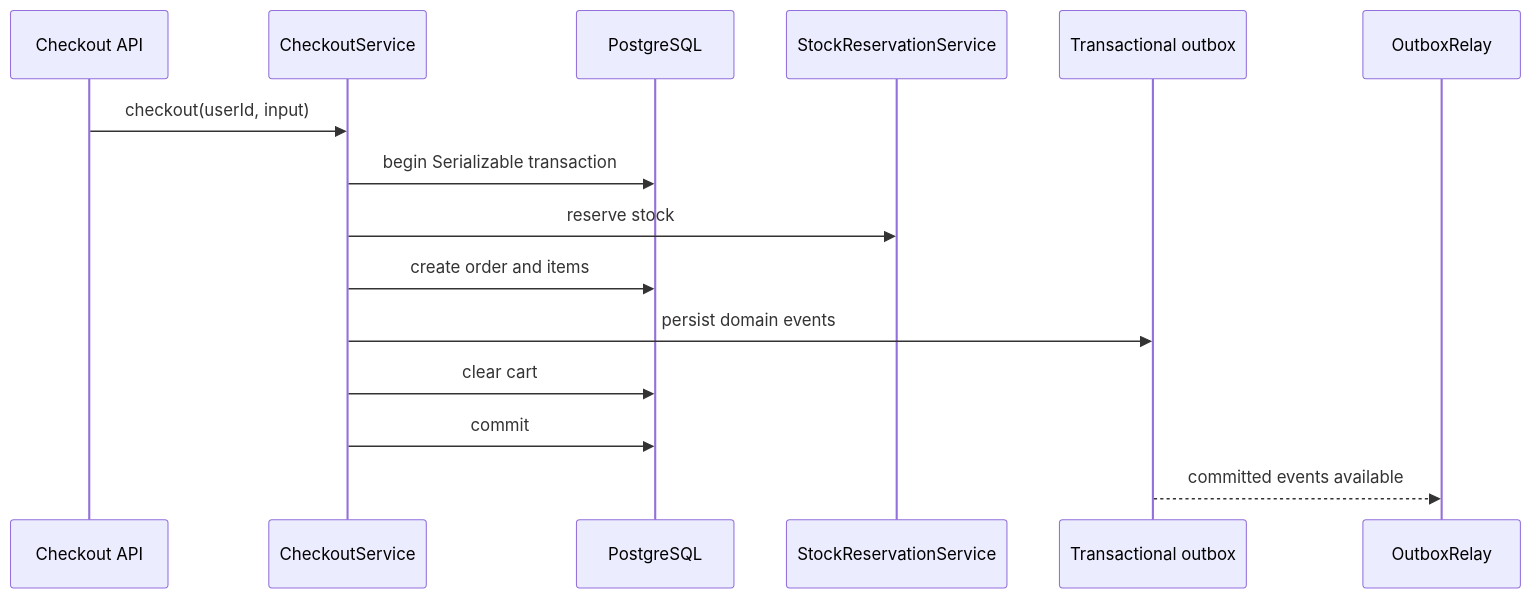
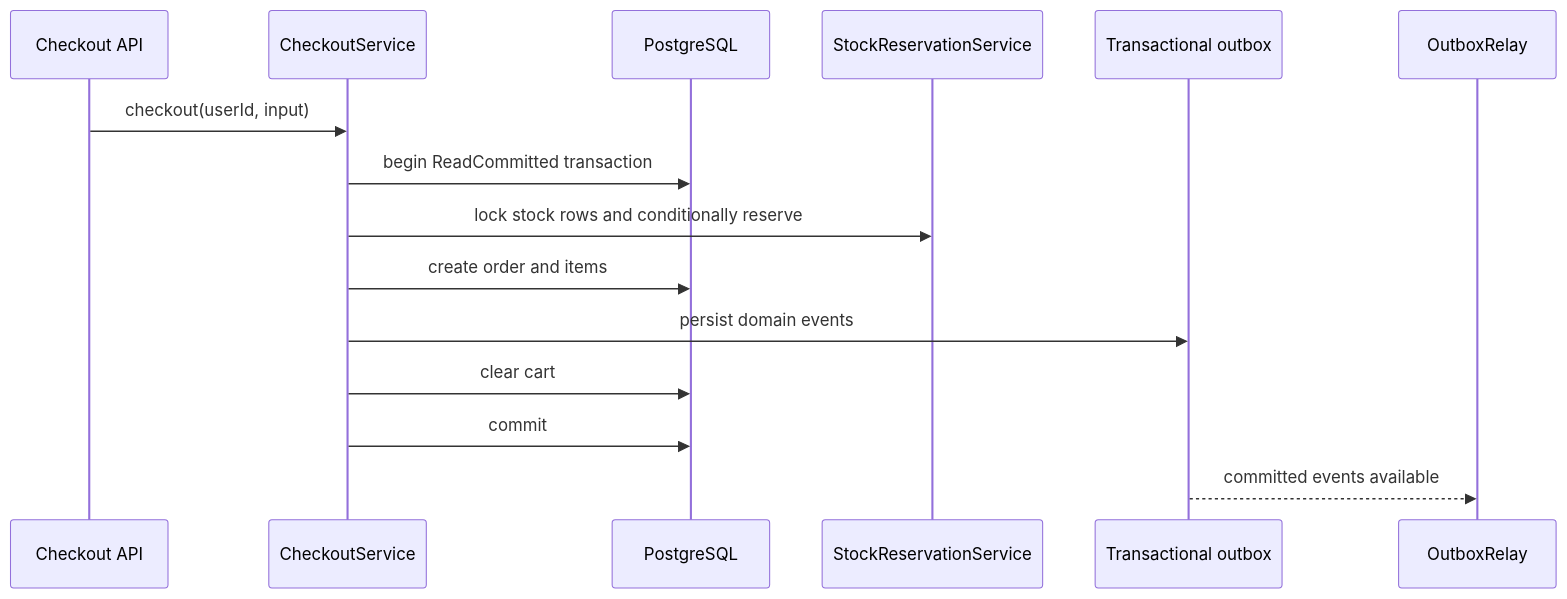
One commit to Thang4869/TriAD-Backend changed the fourth of 5 diagrams in docs/ARCHITECTURE.md. Above: the diagram before and after it, drawn with Mermaid. The commit also changed other lines of this file, not shown here.

Commit message:
docs: align project documentation with current state

````diff
--- a/docs/ARCHITECTURE.md
+++ b/docs/ARCHITECTURE.md
@@ -81,18 +81,18 @@
 ```mermaid
 sequenceDiagram
   participant API as Checkout API
   participant Service as CheckoutService
   participant DB as PostgreSQL
   participant Stock as StockReservationService
   participant Outbox as Transactional outbox
   participant Relay as OutboxRelay
 
   API->>Service: checkout(userId, input)
-  Service->>DB: begin Serializable transaction
-  Service->>Stock: reserve stock
+  Service->>DB: begin ReadCommitted transaction
+  Service->>Stock: lock stock rows and conditionally reserve
   Service->>DB: create order and items
   Service->>Outbox: persist domain events
   Service->>DB: clear cart
   Service->>DB: commit
   Outbox-->>Relay: committed events available
 ```
````
